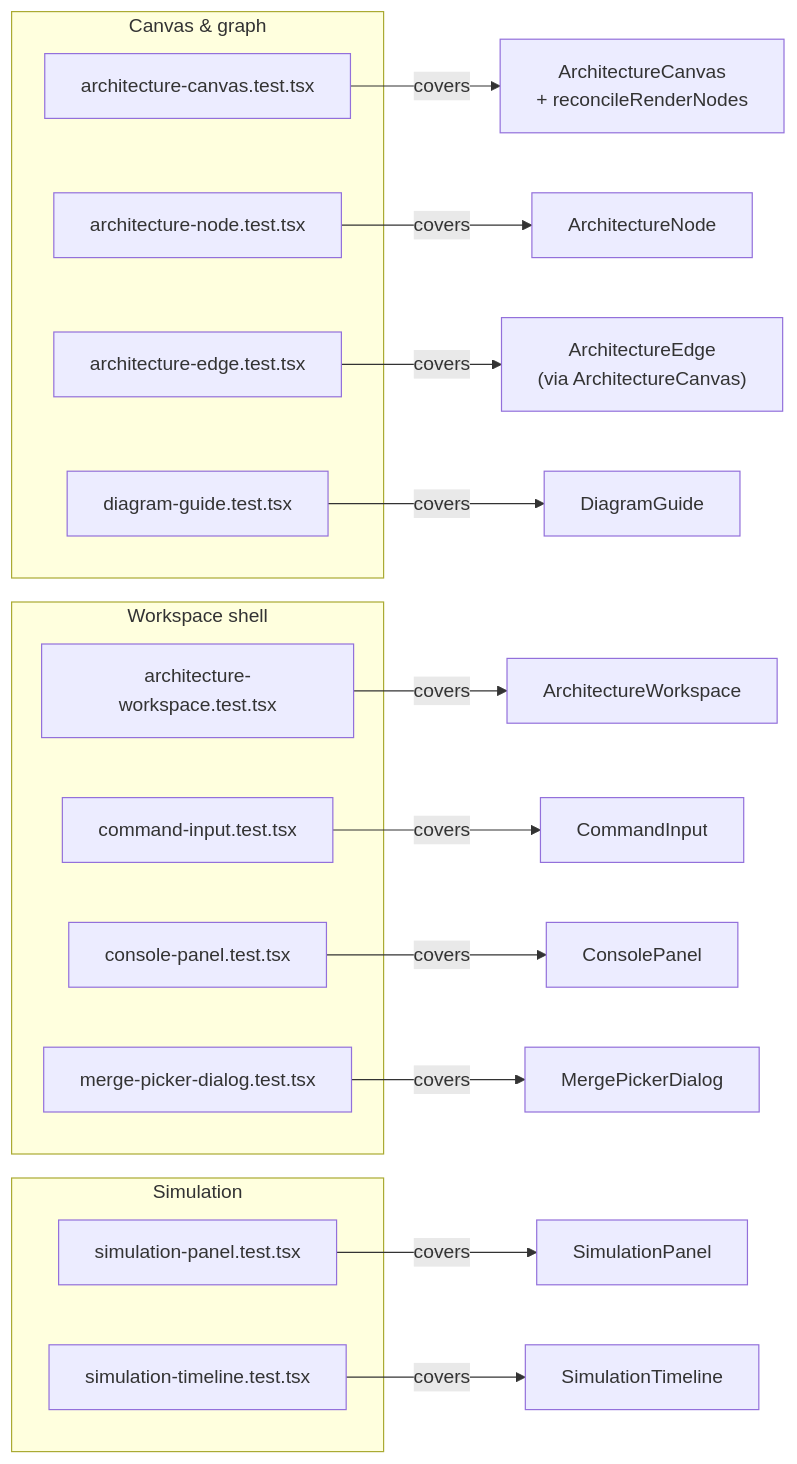
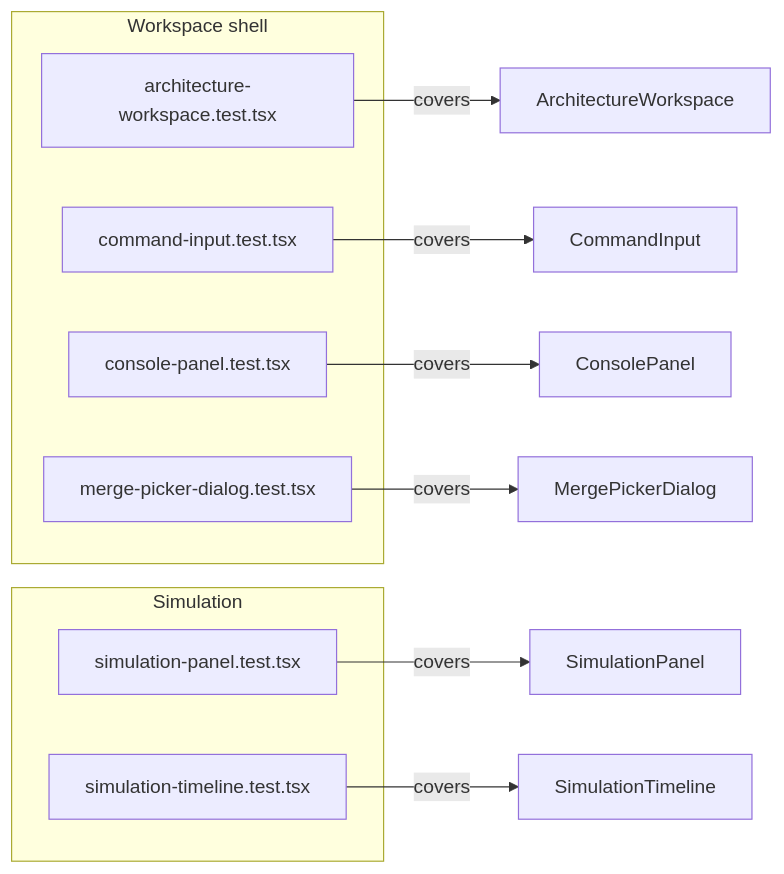
Before and after one commit to jgyy/architect-model: the second of 2 diagrams in docs/categories/component-tests.md, drawn with Mermaid. The commit also changed 31 other files, not shown here.

Commit message:
docs: split mermaids into 2 for easier viewing (#52)

````diff
--- a/docs/categories/component-tests.md
+++ b/docs/categories/component-tests.md
@@ -14,32 +33,21 @@
 ```mermaid
 flowchart LR
-    subgraph canvas_group["Canvas & graph"]
-        AC["architecture-canvas.test.tsx"]
-        AN["architecture-node.test.tsx"]
-        AE["architecture-edge.test.tsx"]
-        DG["diagram-guide.test.tsx"]
-    end
-
     subgraph workspace_group["Workspace shell"]
         AW["architecture-workspace.test.tsx"]
         CI["command-input.test.tsx"]
         CP["console-panel.test.tsx"]
         MP["merge-picker-dialog.test.tsx"]
     end
 
     subgraph sim_group["Simulation"]
         SP["simulation-panel.test.tsx"]
         ST["simulation-timeline.test.tsx"]
     end
 
-    AC -->|covers| C1["ArchitectureCanvas\n+ reconcileRenderNodes"]
-    AN -->|covers| C2["ArchitectureNode"]
-    AE -->|covers| C3["ArchitectureEdge\n(via ArchitectureCanvas)"]
-    DG -->|covers| C4["DiagramGuide"]
     AW -->|covers| C5["ArchitectureWorkspace"]
     CI -->|covers| C6["CommandInput"]
     CP -->|covers| C7["ConsolePanel"]
     MP -->|covers| C8["MergePickerDialog"]
     SP -->|covers| C9["SimulationPanel"]
     ST -->|covers| C10["SimulationTimeline"]
 ```
````
